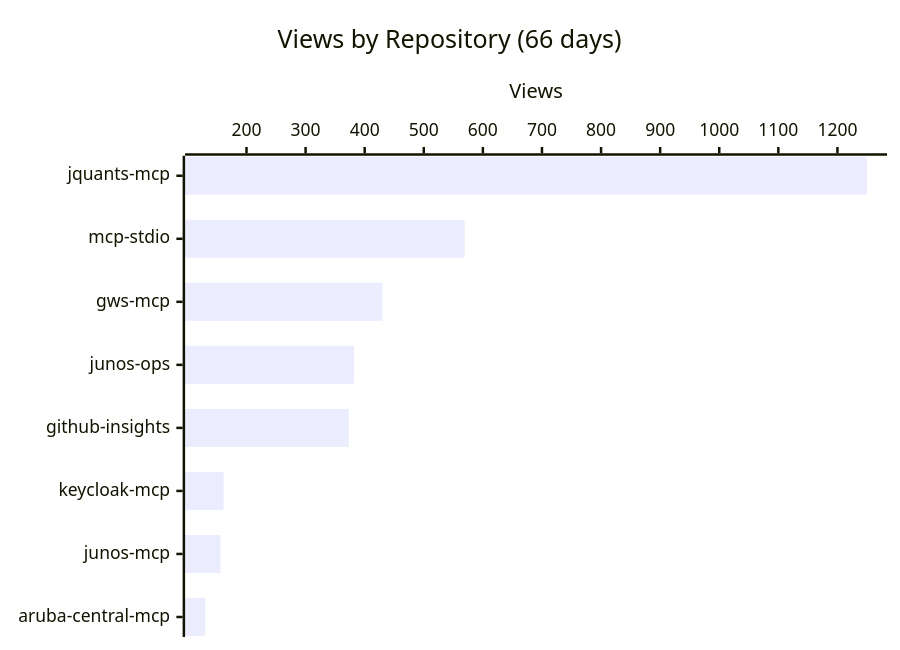
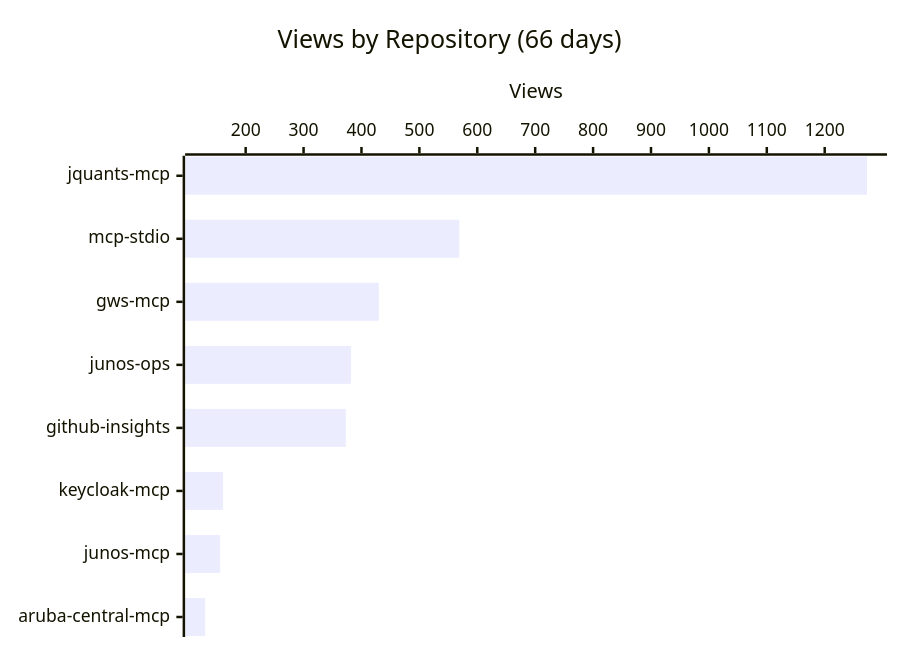
Before and after one commit to shigechika/github-insights: the first of 3 diagrams in README.md, drawn with Mermaid. The commit also changed other lines of this file and 2 other files, not shown here.

````diff
--- a/README.md
+++ b/README.md
@@ -18,7 +18,7 @@
 ```mermaid
 xychart-beta horizontal
     title "Views by Repository (66 days)"
     x-axis ["jquants-mcp", "mcp-stdio", "gws-mcp", "junos-ops", "github-insights", "keycloak-mcp", "junos-mcp", "aruba-central-mcp"]
     y-axis "Views"
-    bar [1250, 569, 430, 382, 373, 161, 156, 130]
+    bar [1273, 569, 430, 382, 373, 161, 156, 130]
 ```
````
